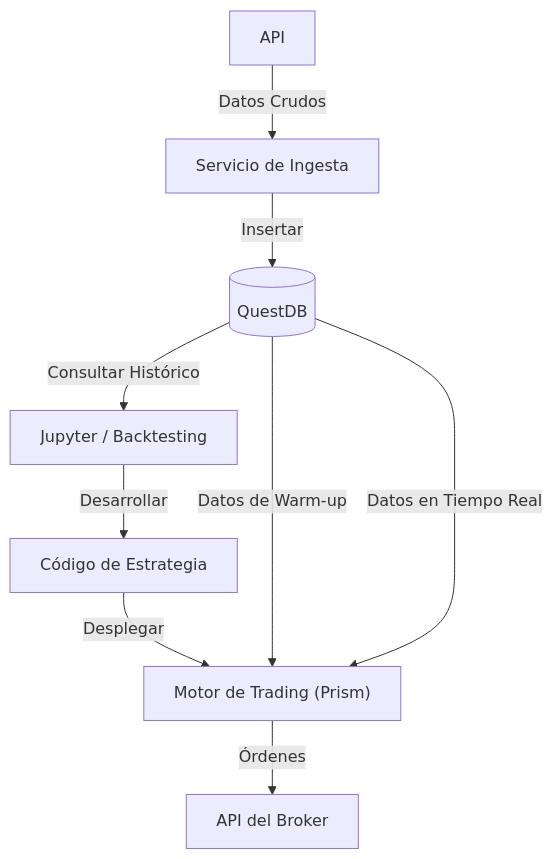
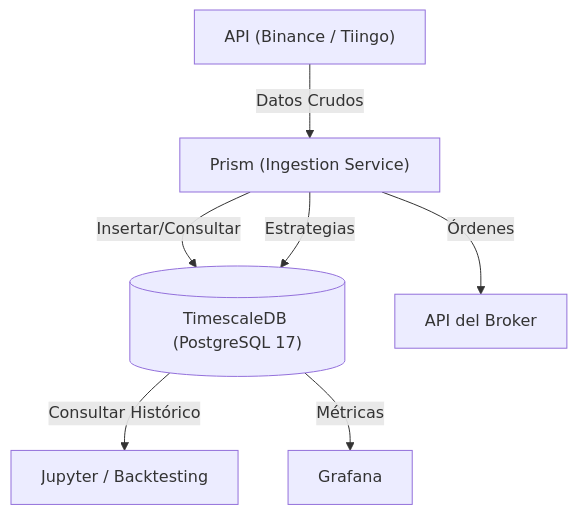
The diagram in README.md (ivangalindoangulo/spectrum), drawn with Mermaid before and after one commit. The commit also changed other lines of this file and 11 other files, not shown here.

````diff
--- a/README.md
+++ b/README.md
@@ -15,20 +15,18 @@
 ```mermaid
 graph TD
     %% External Data Source
-    API_NODE["API"] -->|Datos Crudos| Ingester["Servicio de Ingesta"]
+    API_NODE["API (Binance / Tiingo)"] -->|Datos Crudos| Prism["Prism (Ingestion Service)"]
     
     %% Storage Layer
-    Ingester -->|Insertar| QuestDB[("QuestDB")]
+    Prism -->|Insertar/Consultar| TimescaleDB[("TimescaleDB (PostgreSQL 17)")]
     
     %% Research Flow
-    QuestDB -->|Consultar Histórico| Notebooks["Jupyter / Backtesting"]
-    Notebooks -->|Desarrollar| StrategyCode["Código de Estrategia"]
+    TimescaleDB -->|Consultar Histórico| Notebooks["Jupyter / Backtesting"]
     
-    %% Production Flow
-    StrategyCode -->|Desplegar| LiveEngine["Motor de Trading (Prism)"]
-    QuestDB -->|Datos de Warm-up| LiveEngine
-    QuestDB -->|Datos en Tiempo Real| LiveEngine
+    %% Visualization
+    TimescaleDB -->|Métricas| Grafana["Grafana"]
     
     %% Execution
-    LiveEngine -->|Órdenes| Broker["API del Broker"]
+    Prism -->|Estrategias| TimescaleDB
+    Prism -->|Órdenes| Broker["API del Broker"]
 ```
````
